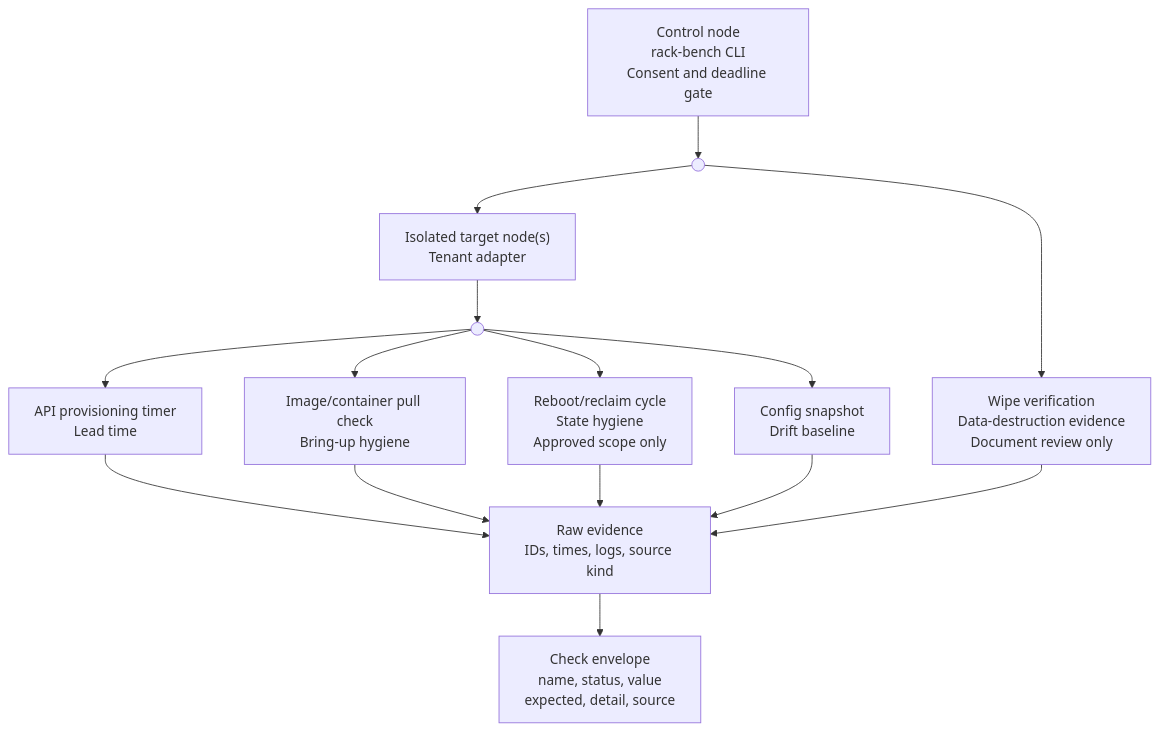
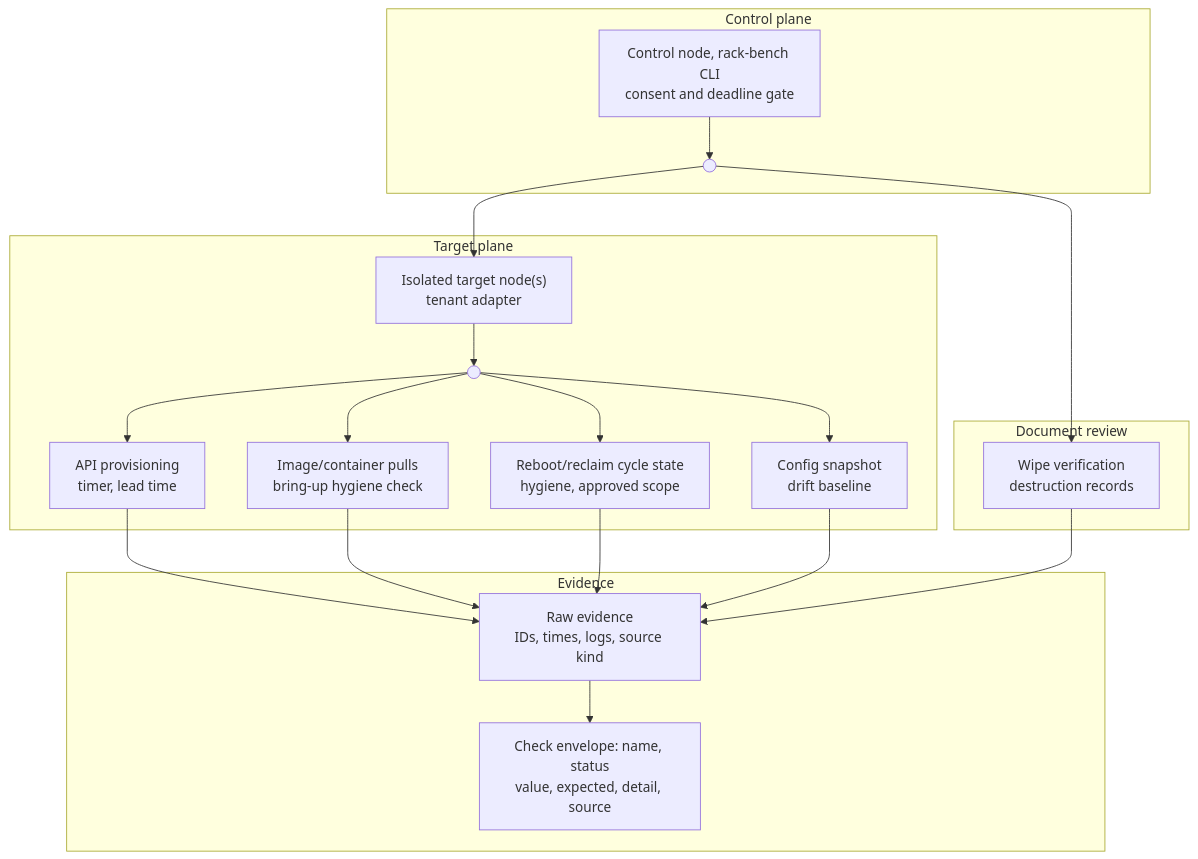
The diagram in docs/customer/lifecycle-bench-research.md (aviralmansingka/rack-bench), drawn with Mermaid before and after one commit. The commit also changed 6 other files, not shown here.

First line of the commit message:
docs(customer): redo mermaid diagrams to family style

````diff
--- a/docs/customer/lifecycle-bench-research.md
+++ b/docs/customer/lifecycle-bench-research.md
@@ -55,28 +55,36 @@
 ```mermaid
-flowchart TB
-Control["Control node<br/>rack-bench CLI<br/>Consent and deadline gate"]
-Dispatch((" "))
-Target["Isolated target node(s)<br/>Tenant adapter"]
-Probe((" "))
-API["API provisioning timer<br/>Lead time"]
-Image["Image/container pull check<br/>Bring-up hygiene"]
-Cycle["Reboot/reclaim cycle<br/>State hygiene<br/>Approved scope only"]
-Wipe["Wipe verification<br/>Data-destruction evidence<br/>Document review only"]
-Config["Config snapshot<br/>Drift baseline"]
-Evidence["Raw evidence<br/>IDs, times, logs, source kind"]
-Envelope["Check envelope<br/>name, status, value<br/>expected, detail, source"]
+flowchart TD
+subgraph controlplane[Control plane]
+  Control["Control node, rack-bench CLI<br/>consent and deadline gate"]
+  Dispatch((" "))
+end
+subgraph targetplane[Target plane]
+  Target["Isolated target node(s)<br/>tenant adapter"]
+  Probe((" "))
+  API["API provisioning<br/>timer, lead time"]
+  Image["Image/container pulls<br/>bring-up hygiene check"]
+  Cycle["Reboot/reclaim cycle state<br/>hygiene, approved scope"]
+  Config["Config snapshot<br/>drift baseline"]
+end
+subgraph docreview[Document review]
+  Wipe["Wipe verification<br/>destruction records"]
+end
+subgraph evidencezone[Evidence]
+  Evidence["Raw evidence<br/>IDs, times, logs, source kind"]
+  Envelope["Check envelope: name, status<br/>value, expected, detail, source"]
+end
 Control --> Dispatch
 Dispatch --> Target
 Dispatch --> Wipe
 Target --> Probe
 Probe --> API
 Probe --> Image
 Probe --> Cycle
 Probe --> Config
 API --> Evidence
 Image --> Evidence
 Cycle --> Evidence
 Wipe --> Evidence
 Config --> Evidence
 Evidence --> Envelope
 ```
````
